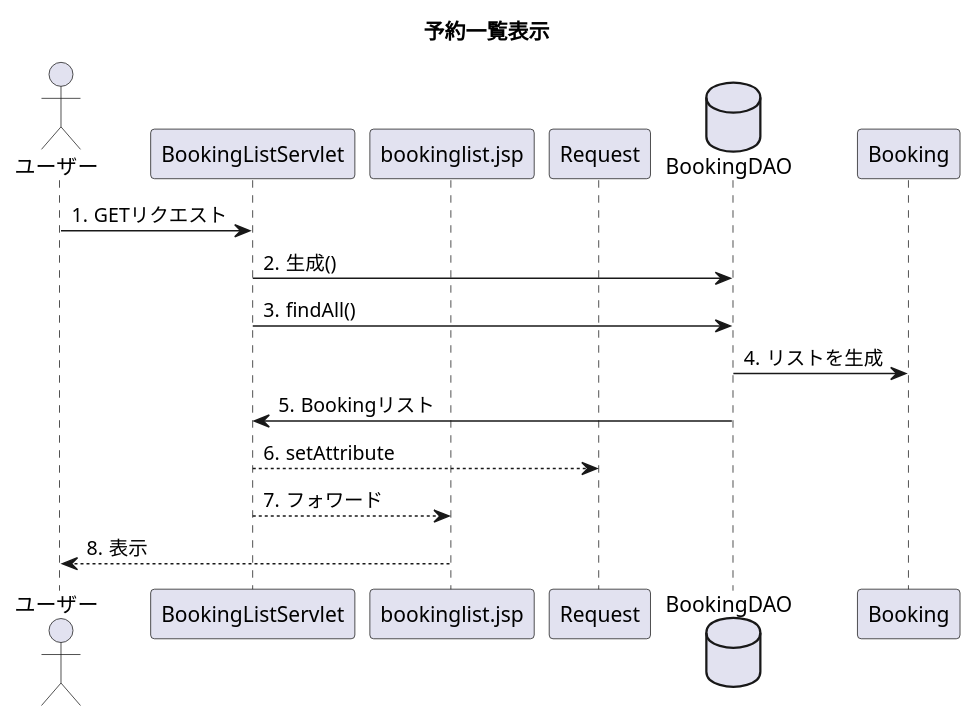
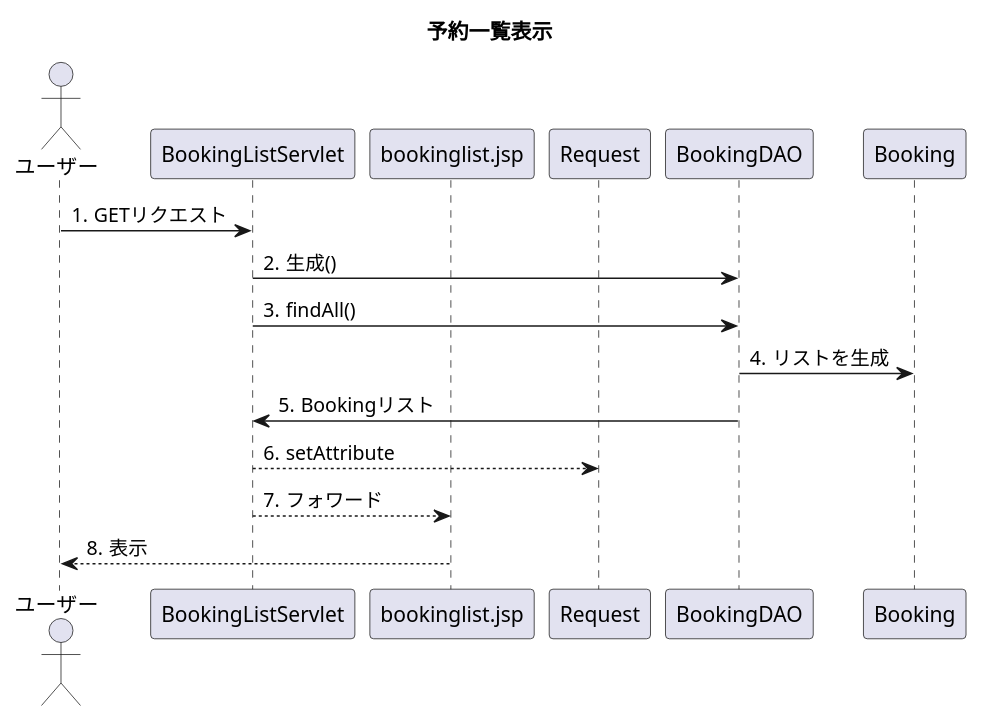
The diagram in detail.uml/seq_bookingList.pu (Tyamanaka07/WebSystem), drawn with PlantUML before and after one commit.

Commit message:
あ

```diff
--- a/detail.uml/seq_bookingList.pu
+++ b/detail.uml/seq_bookingList.pu
@@ -1,19 +1,19 @@
 @startuml
 title 予約一覧表示
 actor ユーザー
 participant BookingListServlet
 participant bookinglist.jsp
 participant Request
-database BookingDAO
+participant BookingDAO
 autonumber "#."
 
 ユーザー->BookingListServlet:GETリクエスト
 BookingListServlet->BookingDAO:生成()
 BookingListServlet->BookingDAO:findAll()
 BookingDAO->Booking:リストを生成
 BookingDAO->BookingListServlet:Bookingリスト
 BookingListServlet-->Request:setAttribute
 BookingListServlet-->bookinglist.jsp:フォワード
 bookinglist.jsp-->ユーザー:表示
 
 @enduml
```
